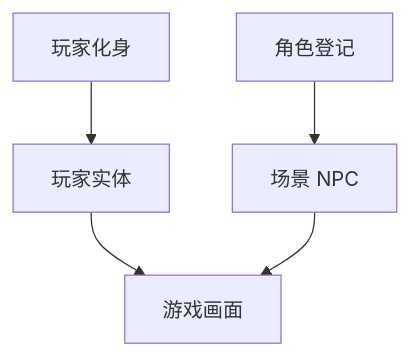
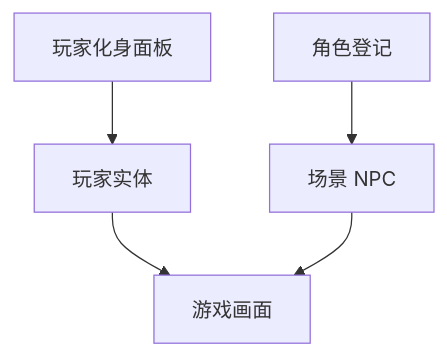
Before and after one commit to wubugui/GDoc: the diagram in docs/editors/panels/avatar.md, drawn with Mermaid. The commit also changed other lines of this file and 112 other files, not shown here.

````diff
--- a/docs/editors/panels/avatar.md
+++ b/docs/editors/panels/avatar.md
@@ -41,7 +29,7 @@
 ```mermaid
 flowchart TB
-  AV[玩家化身] --> PL[玩家实体]
+  AV[玩家化身面板] --> PL[玩家实体]
   CR[角色登记] --> NPC[场景 NPC]
   PL --> G[游戏画面]
   NPC --> G
 ```
````
